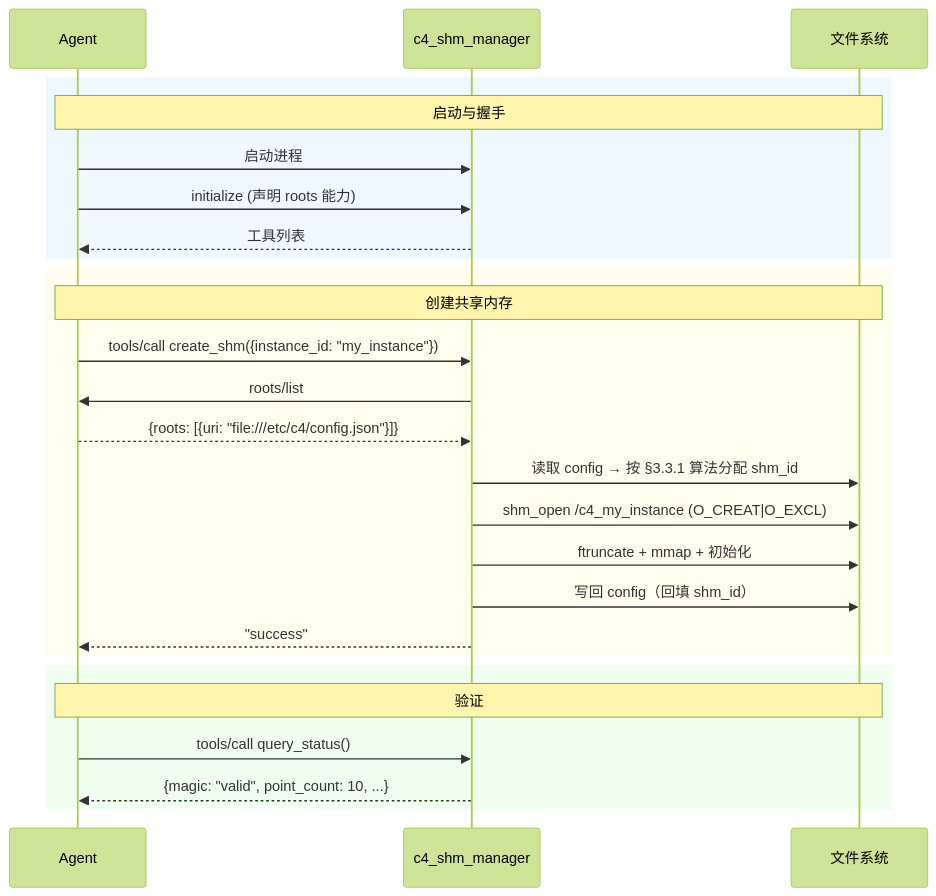
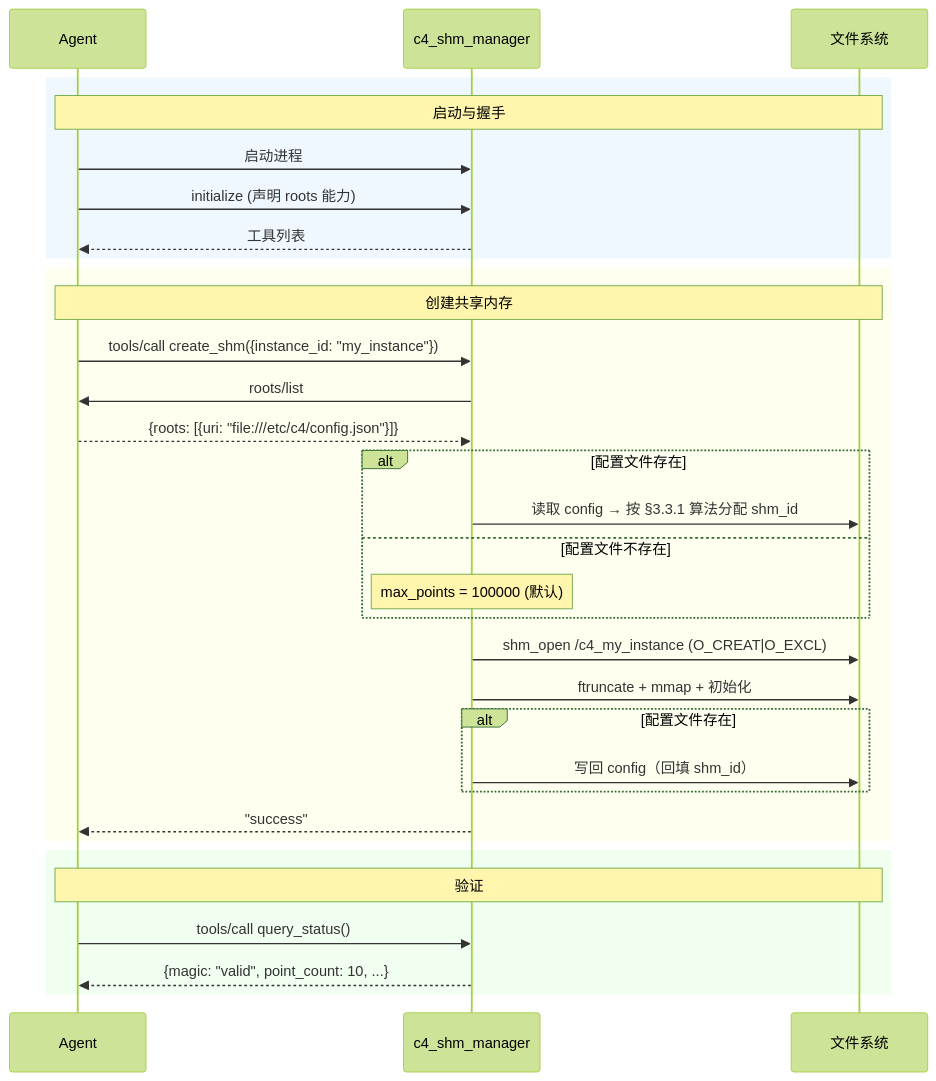
Before and after one commit to activesys/c4: diagram 13 of 16 in docs/design/c4_architecture.md, drawn with Mermaid (forest theme). The commit also changed other lines of this file and 12 other files, not shown here.

````diff
--- a/docs/design/c4_architecture.md
+++ b/docs/design/c4_architecture.md
@@ -1885,31 +1921,37 @@
 ```mermaid
 sequenceDiagram
     participant A as Agent
     participant S as c4_shm_manager
     participant FS as 文件系统
 
     rect rgb(240, 248, 255)
         Note over A,FS: 启动与握手
         A->>S: 启动进程
         A->>S: initialize (声明 roots 能力)
         S-->>A: 工具列表
     end
 
     rect rgb(255, 255, 240)
         Note over A,FS: 创建共享内存
         A->>S: tools/call create_shm({instance_id: "my_instance"})
         S->>A: roots/list
         A-->>S: {roots: [{uri: "file:///etc/c4/config.json"}]}
-        S->>FS: 读取 config → 按 §3.3.1 算法分配 shm_id
+        alt 配置文件存在
+            S->>FS: 读取 config → 按 §3.3.1 算法分配 shm_id
+        else 配置文件不存在
+            Note over S: max_points = 100000 (默认)
+        end
         S->>FS: shm_open /c4_my_instance (O_CREAT|O_EXCL)
         S->>FS: ftruncate + mmap + 初始化
-        S->>FS: 写回 config（回填 shm_id）
+        alt 配置文件存在
+            S->>FS: 写回 config（回填 shm_id）
+        end
         S-->>A: "success"
     end
 
     rect rgb(240, 255, 240)
         Note over A,FS: 验证
         A->>S: tools/call query_status()
         S-->>A: {magic: "valid", point_count: 10, ...}
     end
 ```
````
